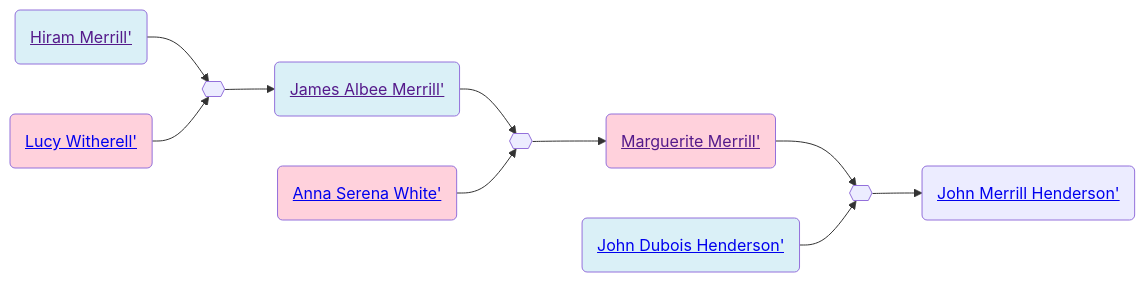
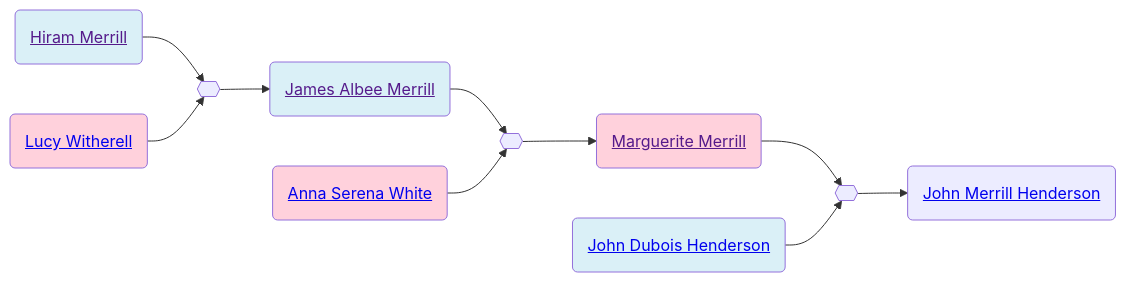
One commit to neelsmith/avocational changed the second of 2 diagrams in familyhistory/sources/people/Merrill-line/Hiram_Merrill.qmd. Above: the diagram before and after it, drawn with Mermaid. The commit also changed other lines of this file and 96 other files, not shown here.

````diff
--- a/familyhistory/sources/people/Merrill-line/Hiram_Merrill.qmd
+++ b/familyhistory/sources/people/Merrill-line/Hiram_Merrill.qmd
@@ -47,26 +47,26 @@
 ```{mermaid}
 graph LR
 %% LR descendant diagram
 class Hiram_Merrill_and_Lucy_Witherell marriage
-Hiram_Merrill(<a href=''>Hiram Merrill'</>) --> Hiram_Merrill_and_Lucy_Witherell{{ }}
-Lucy_Witherell(<a href='./Lucy_Witherell.html'>Lucy Witherell'</>) --> Hiram_Merrill_and_Lucy_Witherell{{ }}
+Hiram_Merrill(<a href=''>Hiram Merrill</a>) --> Hiram_Merrill_and_Lucy_Witherell{{ }}
+Lucy_Witherell(<a href='./Lucy_Witherell.html'>Lucy Witherell</a>) --> Hiram_Merrill_and_Lucy_Witherell{{ }}
 class Hiram_Merrill father
 class Lucy_Witherell mother
-Hiram_Merrill_and_Lucy_Witherell{{ }} --> James_Albee_Merrill(<a href='./James_Albee_Merrill.html'>James Albee Merrill'</>)
+Hiram_Merrill_and_Lucy_Witherell{{ }} --> James_Albee_Merrill(<a href='./James_Albee_Merrill.html'>James Albee Merrill</a>)
 class James_Albee_Merrill_and_Anna_Serena_White marriage
-James_Albee_Merrill(<a href=''>James Albee Merrill'</>) --> James_Albee_Merrill_and_Anna_Serena_White{{ }}
-Anna_Serena_White(<a href='./White-line/Anna_Serena_White.html'>Anna Serena White'</>) --> James_Albee_Merrill_and_Anna_Serena_White{{ }}
+James_Albee_Merrill(<a href=''>James Albee Merrill</a>) --> James_Albee_Merrill_and_Anna_Serena_White{{ }}
+Anna_Serena_White(<a href='./White-line/Anna_Serena_White.html'>Anna Serena White</a>) --> James_Albee_Merrill_and_Anna_Serena_White{{ }}
 class James_Albee_Merrill father
 class Anna_Serena_White mother
-James_Albee_Merrill_and_Anna_Serena_White{{ }} --> Marguerite_Merrill(<a href='./Marguerite_Merrill.html'>Marguerite Merrill'</>)
+James_Albee_Merrill_and_Anna_Serena_White{{ }} --> Marguerite_Merrill(<a href='./Marguerite_Merrill.html'>Marguerite Merrill</a>)
 class Marguerite_Merrill_and_John_Dubois_Henderson marriage
-Marguerite_Merrill(<a href=''>Marguerite Merrill'</>) --> Marguerite_Merrill_and_John_Dubois_Henderson{{ }}
-John_Dubois_Henderson(<a href='./../Henderson-line/John_Dubois_Henderson.html'>John Dubois Henderson'</>) --> Marguerite_Merrill_and_John_Dubois_Henderson{{ }}
+Marguerite_Merrill(<a href=''>Marguerite Merrill</a>) --> Marguerite_Merrill_and_John_Dubois_Henderson{{ }}
+John_Dubois_Henderson(<a href='./../Henderson-line/John_Dubois_Henderson.html'>John Dubois Henderson</a>) --> Marguerite_Merrill_and_John_Dubois_Henderson{{ }}
 class John_Dubois_Henderson father
 class Marguerite_Merrill mother
-Marguerite_Merrill_and_John_Dubois_Henderson{{ }} --> John_Merrill_Henderson(<a href='./../Henderson-line/John_Merrill_Henderson.html'>John Merrill Henderson'</>)
+Marguerite_Merrill_and_John_Dubois_Henderson{{ }} --> John_Merrill_Henderson(<a href='./../Henderson-line/John_Merrill_Henderson.html'>John Merrill Henderson</a>)
 classDef mother fill:#ffd1dc
 classDef father fill:#daf0f7  
 classDef marriage fill:#ffffff
 
 ```
````
